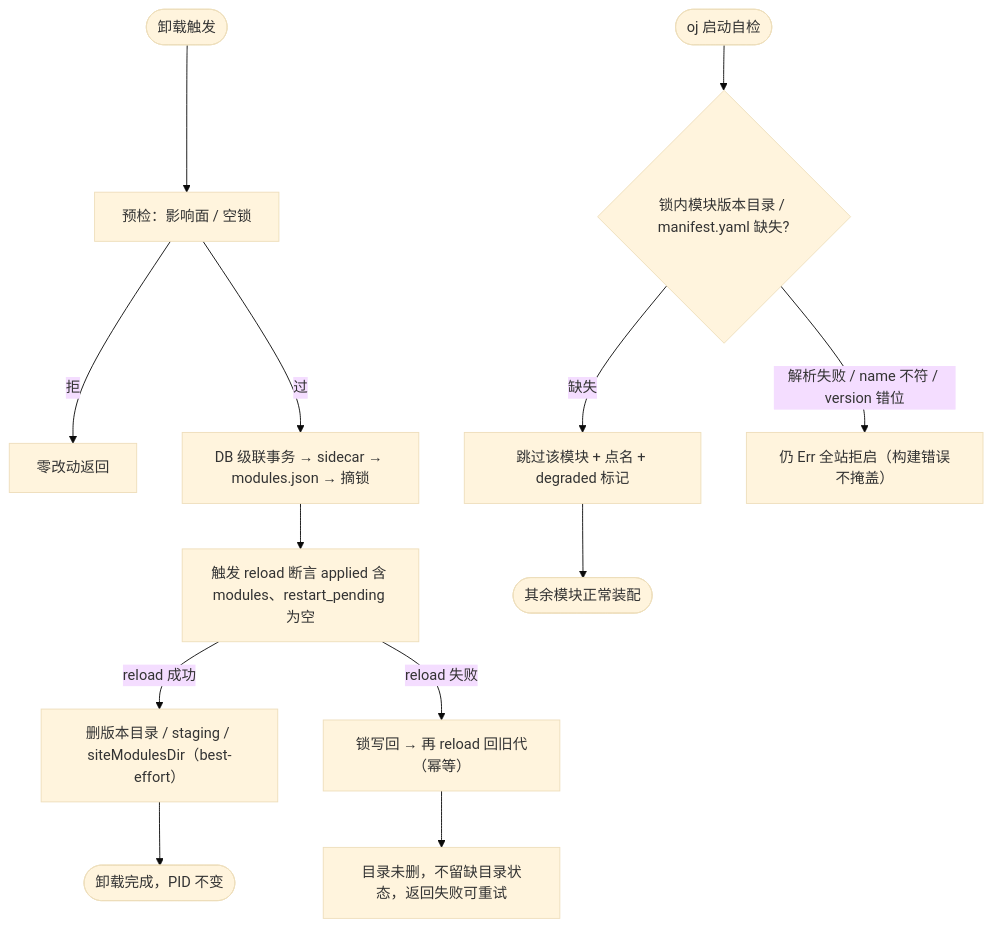
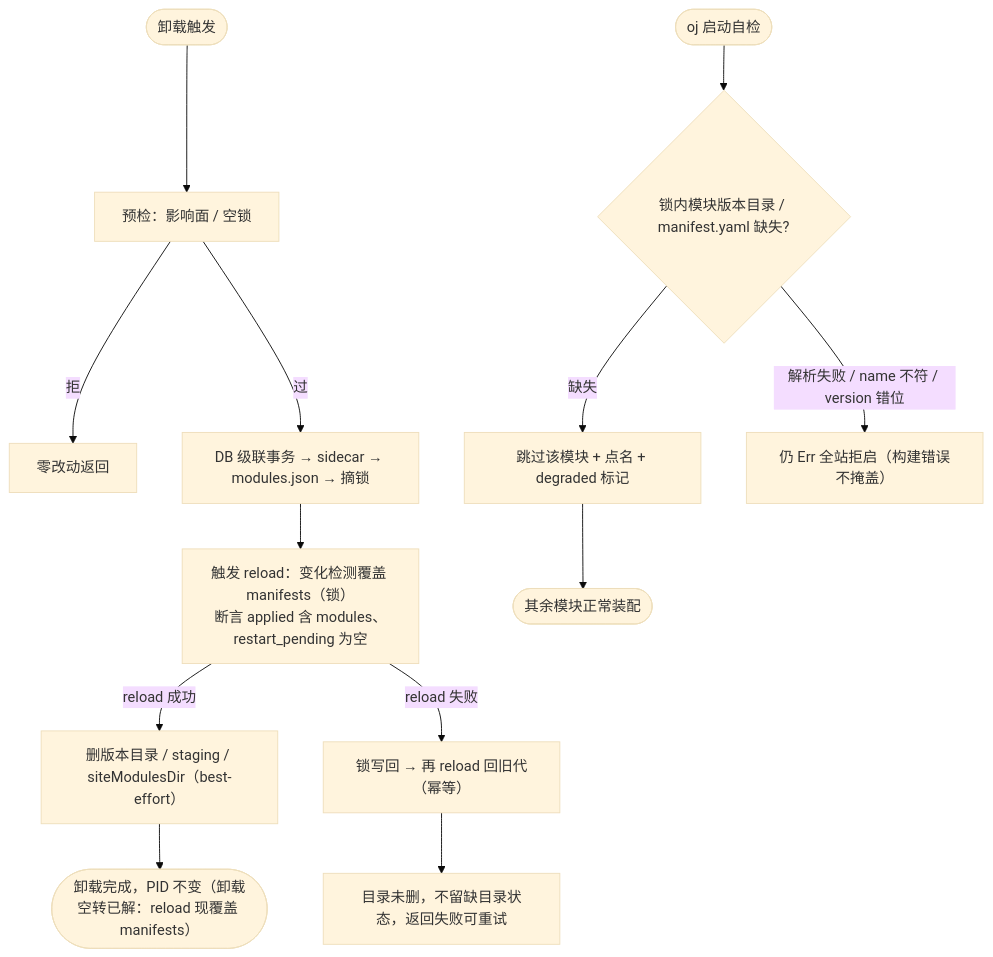
One commit to everpan/oj-module changed the third of 3 diagrams in docs/plans/20261105-upstream-oj-pr.md. Above: the diagram before and after it, drawn with Mermaid (base theme). The commit also changed other lines of this file, not shown here.

Commit message:
docs(plans): 上游 oj PR 提案简化为『一次正确的 _system/config/reload』（折叠 US-1/US-2）

````diff
--- a/docs/plans/20261105-upstream-oj-pr.md
+++ b/docs/plans/20261105-upstream-oj-pr.md
@@ -164,16 +167,16 @@
 ```mermaid
 flowchart TD
     U0([卸载触发]) --> U1[预检：影响面 / 空锁]
     U1 -->|拒| U1X[零改动返回]
     U1 -->|过| U2[DB 级联事务 → sidecar → modules.json → 摘锁]
-    U2 --> U3[触发 reload 断言 applied 含 modules、restart_pending 为空]
+    U2 --> U3[触发 reload：变化检测覆盖 manifests（锁）<br/>断言 applied 含 modules、restart_pending 为空]
     U3 -->|reload 成功| U4[删版本目录 / staging / siteModulesDir（best-effort）]
     U3 -->|reload 失败| U5[锁写回 → 再 reload 回旧代（幂等）]
     U5 --> U6[目录未删，不留缺目录状态，返回失败可重试]
-    U4 --> UDONE([卸载完成，PID 不变])
+    U4 --> UDONE([卸载完成，PID 不变（卸载空转已解：reload 现覆盖 manifests）])
 
     S0([oj 启动自检]) --> S1{锁内模块版本目录 / manifest.yaml 缺失?}
     S1 -->|缺失| S2[跳过该模块 + 点名 + degraded 标记]
     S1 -->|解析失败 / name 不符 / version 错位| S3[仍 Err 全站拒启（构建错误不掩盖）]
     S2 --> S4([其余模块正常装配])
 ```
````
